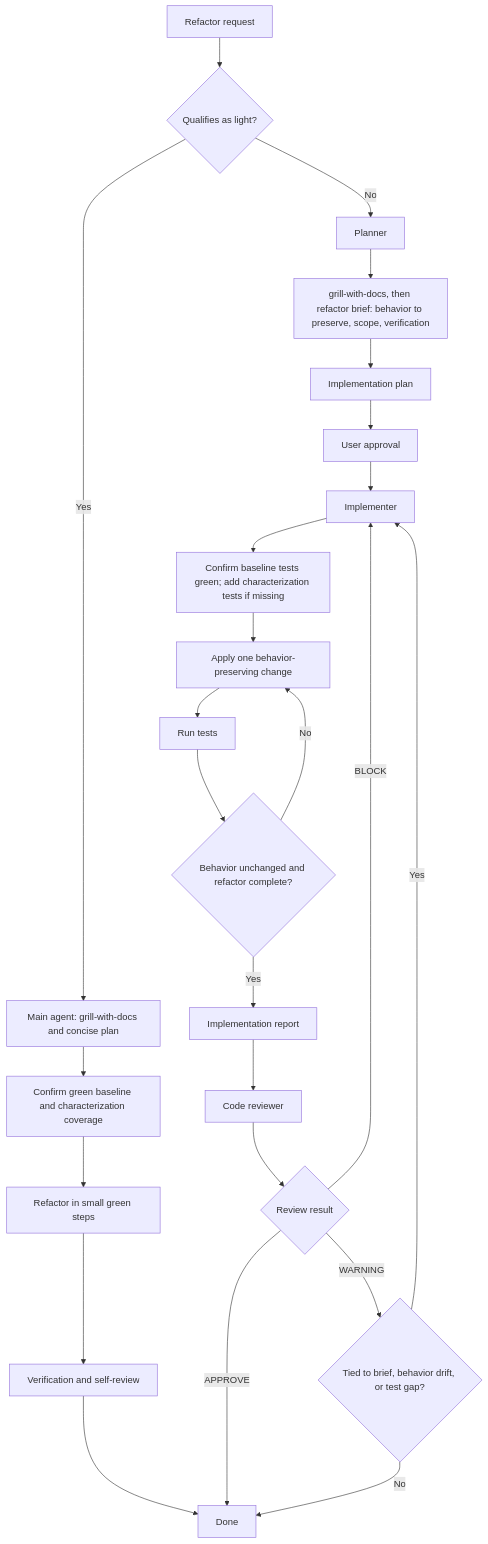
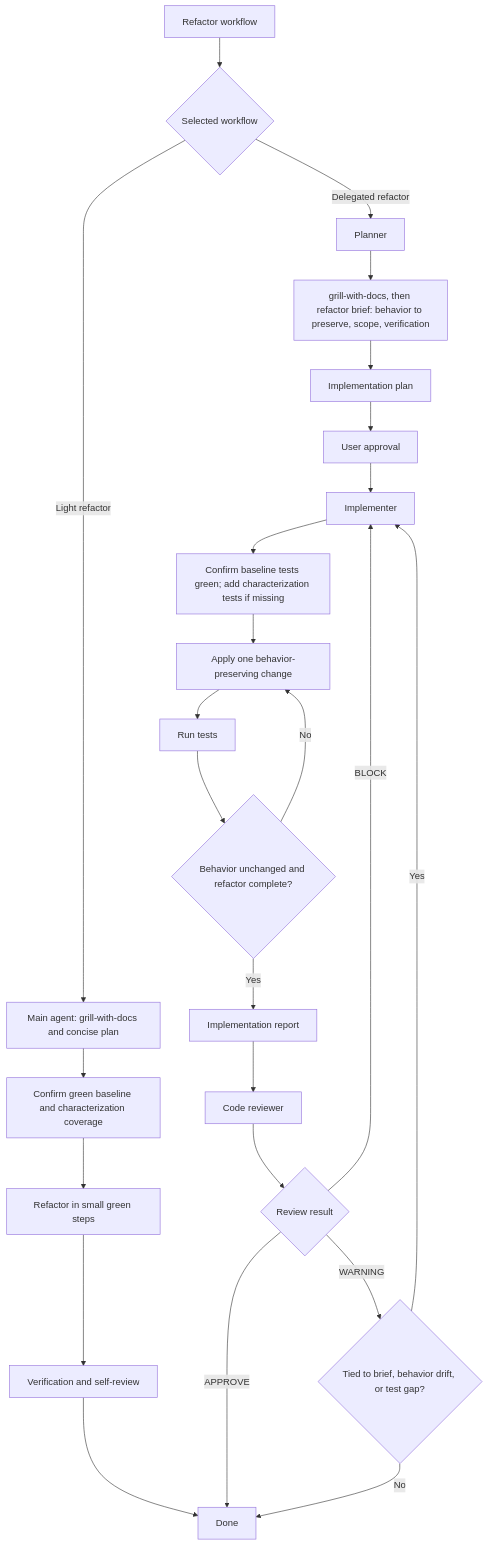
Before and after one commit to aloilor/lean-coding-agent: the third of 4 diagrams in README.md, drawn with Mermaid. The commit also changed other lines of this file and 11 other files, not shown here.

Commit message:
feat(workflows): add light bug-fixing workflow

````diff
--- a/README.md
+++ b/README.md
@@ -91,27 +91,27 @@
 ```mermaid
 flowchart TD
-    A[Refactor request] --> B{Qualifies as light?}
-    B -->|Yes| C[Main agent: grill-with-docs and concise plan]
+    A[Refactor workflow] --> B{Selected workflow}
+    B -->|Light refactor| C[Main agent: grill-with-docs and concise plan]
     C --> D[Confirm green baseline and characterization coverage]
     D --> E[Refactor in small green steps]
     E --> N[Verification and self-review]
     N --> O[Done]
-    B -->|No| P[Planner]
+    B -->|Delegated refactor| P[Planner]
     P --> Q[grill-with-docs, then refactor brief: behavior to preserve, scope, verification]
     Q --> R[Implementation plan]
     R --> S[User approval]
     S --> F[Implementer]
     F --> G[Confirm baseline tests green; add characterization tests if missing]
     G --> H[Apply one behavior-preserving change]
     H --> I[Run tests]
     I --> J{Behavior unchanged and refactor complete?}
     J -->|No| H
     J -->|Yes| K[Implementation report]
     K --> L[Code reviewer]
     L --> M{Review result}
     M -->|APPROVE| O
     M -->|BLOCK| F
     M -->|WARNING| T{Tied to brief, behavior drift, or test gap?}
     T -->|Yes| F
     T -->|No| O
 ```
````
